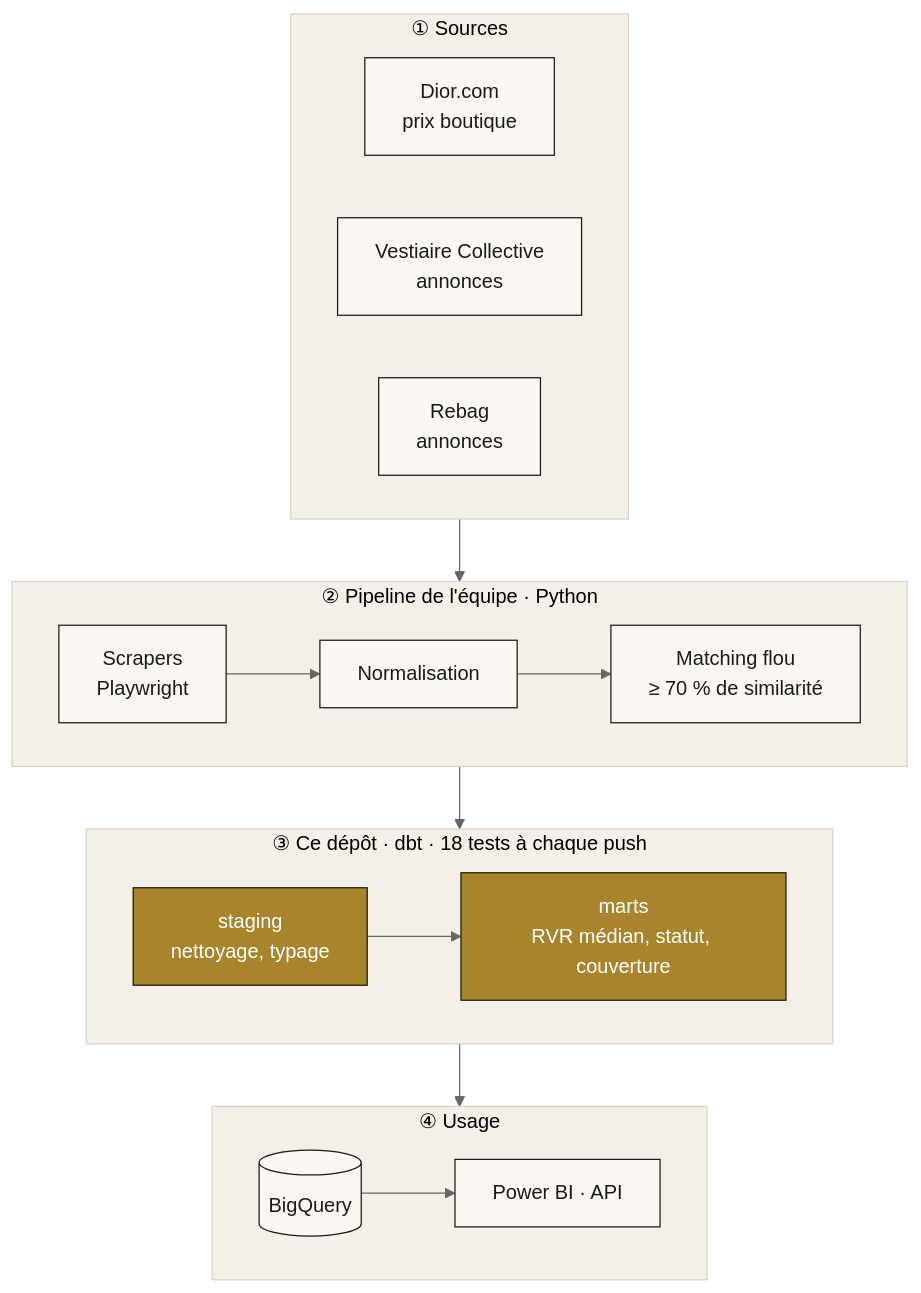
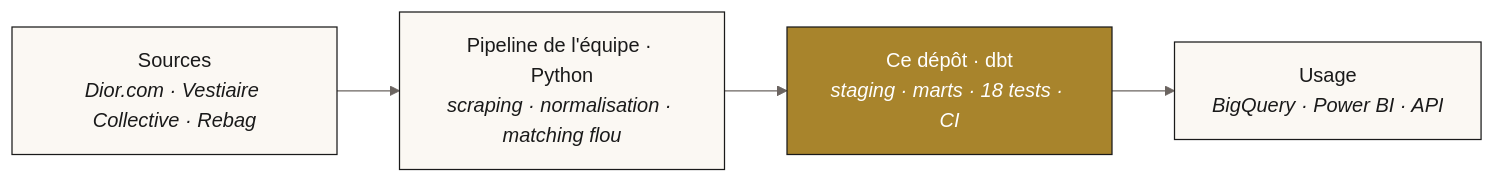
Before and after one commit to MosesKing/dior-rvr-dbt: the first of 3 diagrams in README.md, drawn with Mermaid. The commit also changed other lines of this file and 1 other file, not shown here.

Commit message:
README: simpler architecture diagram, fix decision labels

````diff
--- a/README.md
+++ b/README.md
@@ -64,26 +64,8 @@
 ```mermaid
 %%{init: {'theme':'base','themeVariables':{'primaryColor':'#FBF8F3','primaryBorderColor':'#1A1A1A','primaryTextColor':'#1A1A1A','lineColor':'#6B6460','clusterBkg':'#F4EFE7','clusterBorder':'#D9D2C7','edgeLabelBackground':'#FFFFFF','fontFamily':'Helvetica, Arial, sans-serif'}}}%%
-flowchart TB
-    subgraph S["① Sources"]
-        direction LR
-        D[Dior.com<br/>prix boutique]
-        V[Vestiaire Collective<br/>annonces]
-        R[Rebag<br/>annonces]
-    end
-    subgraph P["② Pipeline de l'équipe · Python"]
-        direction LR
-        SC[Scrapers<br/>Playwright] --> N[Normalisation] --> M[Matching flou<br/>≥ 70 % de similarité]
-    end
-    subgraph T["③ Ce dépôt · dbt · 18 tests à chaque push"]
-        direction LR
-        STG[staging<br/>nettoyage, typage] --> MART[marts<br/>RVR médian, statut, couverture]
-    end
-    subgraph U["④ Usage"]
-        direction LR
-        BQ[(BigQuery)] --> BI[Power BI · API]
-    end
-    S --> P --> T --> U
+flowchart LR
+    A["Sources<br/><i>Dior.com · Vestiaire Collective · Rebag</i>"] --> B["Pipeline de l'équipe · Python<br/><i>scraping · normalisation · matching flou</i>"] --> C["Ce dépôt · dbt<br/><i>staging · marts · 18 tests · CI</i>"] --> D["Usage<br/><i>BigQuery · Power BI · API</i>"]
 
     classDef dbt fill:#A8842C,stroke:#1A1A1A,color:#FFFFFF
-    class STG,MART dbt
+    class C dbt
 ```
````
